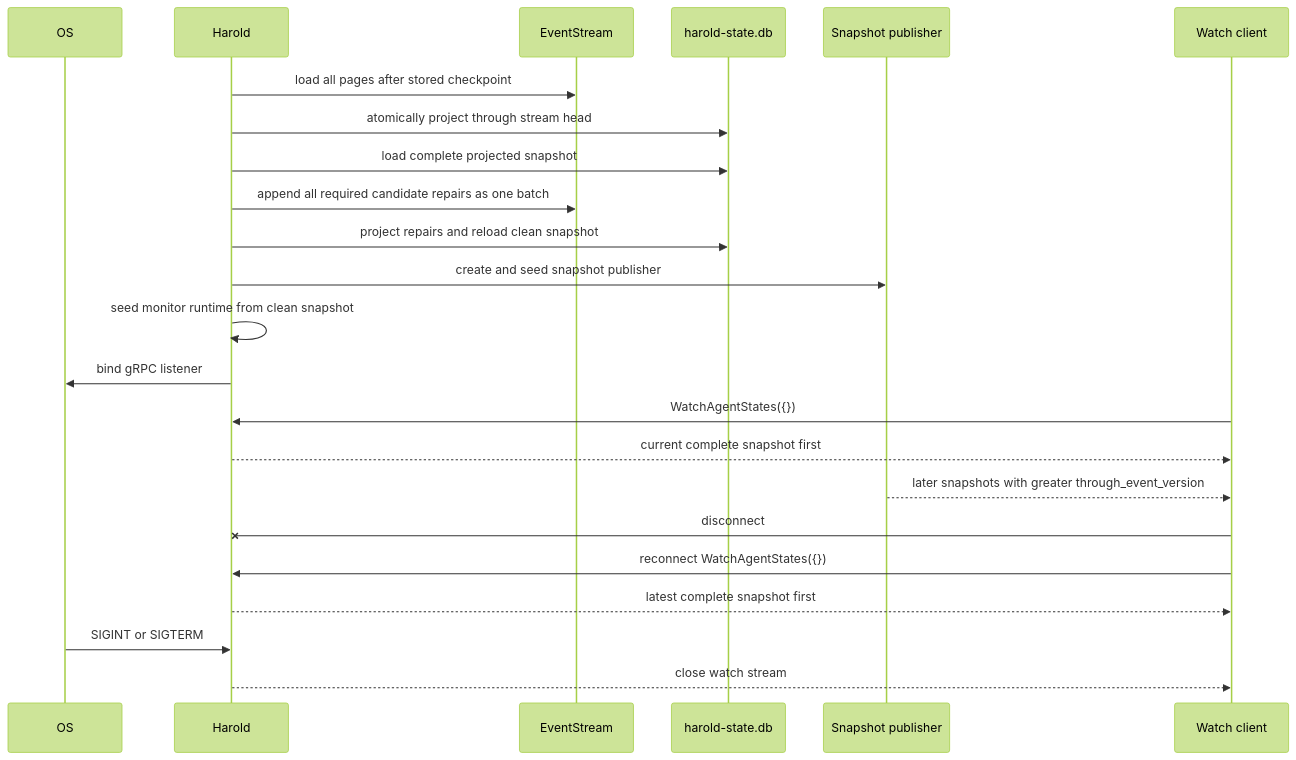
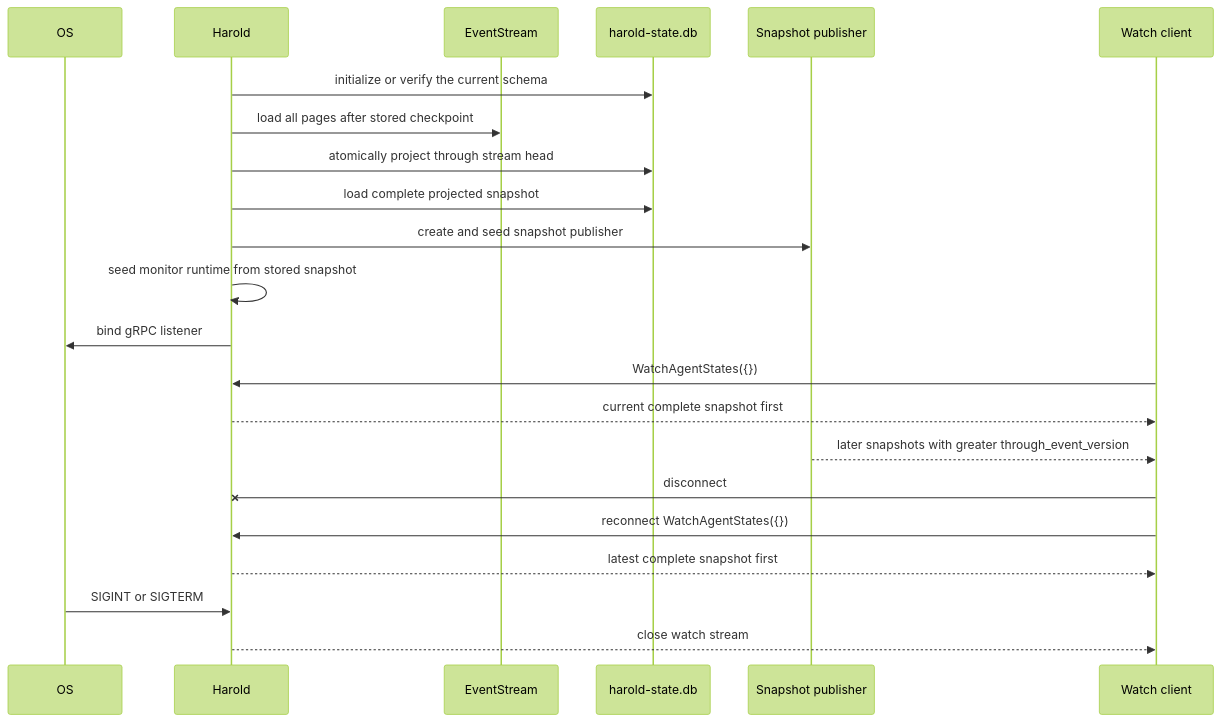
The second of 2 diagrams in docs/references/agent-monitor/README.md (kahgeh/harold), drawn with Mermaid (forest theme) before and after one commit. The commit also changed other lines of this file and 49 other files, not shown here.

````diff
--- a/docs/references/agent-monitor/README.md
+++ b/docs/references/agent-monitor/README.md
@@ -96,26 +96,25 @@
 ```mermaid
 sequenceDiagram
     participant OS
     participant Harold
     participant Events as EventStream
     participant StateDB as harold-state.db
     participant Hub as Snapshot publisher
     participant Client as Watch client
 
+    Harold->>StateDB: initialize or verify the current schema
     Harold->>Events: load all pages after stored checkpoint
     Harold->>StateDB: atomically project through stream head
     Harold->>StateDB: load complete projected snapshot
-    Harold->>Events: append all required candidate repairs as one batch
-    Harold->>StateDB: project repairs and reload clean snapshot
     Harold->>Hub: create and seed snapshot publisher
-    Harold->>Harold: seed monitor runtime from clean snapshot
+    Harold->>Harold: seed monitor runtime from stored snapshot
     Harold->>OS: bind gRPC listener
     Client->>Harold: WatchAgentStates({})
     Harold-->>Client: current complete snapshot first
     Hub-->>Client: later snapshots with greater through_event_version
     Client-xHarold: disconnect
     Client->>Harold: reconnect WatchAgentStates({})
     Harold-->>Client: latest complete snapshot first
     OS->>Harold: SIGINT or SIGTERM
     Harold-->>Client: close watch stream
 ```
````
